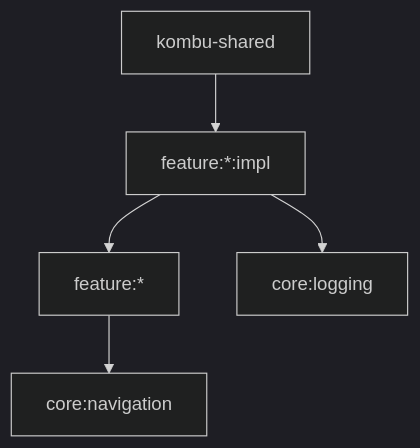
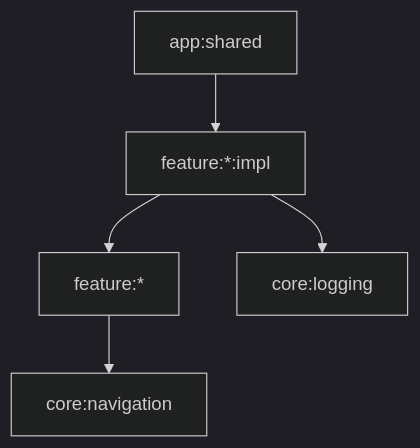
Before and after one commit to MessiasLima/Kombu: the diagram in AGENTS.md, drawn with Mermaid (dark theme). The commit also changed other lines of this file and 50 other files, not shown here.

First line of the commit message:
refactor: Module Structure and Rename kombu-shared to shared

````diff
--- a/AGENTS.md
+++ b/AGENTS.md
@@ -33,7 +33,7 @@
 ```mermaid
 graph TD
-    A[kombu-shared] --> B[feature:*:impl]
+    A[app:shared] --> B[feature:*:impl]
     B --> C[feature:*]
     C --> D[core:navigation]
     B --> E[core:logging]
 ```
````
